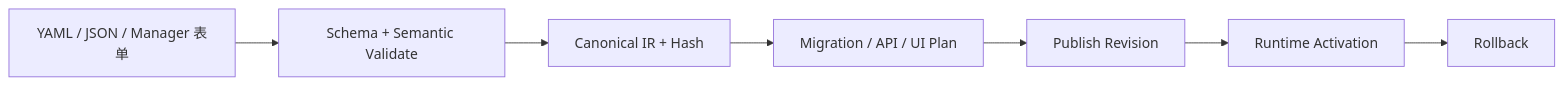
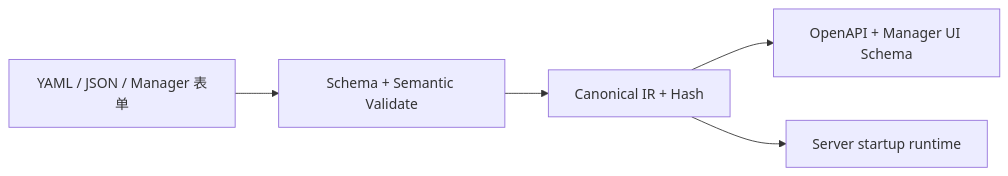
One commit to shezw/panvara changed the second of 2 diagrams in docs/arch.md. Above: the diagram before and after it, drawn with Mermaid. The commit also changed other lines of this file and 84 other files, not shown here.

````diff
--- a/docs/arch.md
+++ b/docs/arch.md
@@ -79,13 +81,12 @@
 ```mermaid
 flowchart LR
     Text["YAML / JSON / Manager 表单"]
     Validate["Schema + Semantic Validate"]
     IR["Canonical IR + Hash"]
-    Plan["Migration / API / UI Plan"]
-    Publish["Publish Revision"]
-    Runtime["Runtime Activation"]
-    Rollback["Rollback"]
+    Artifact["OpenAPI + Manager UI Schema"]
+    Runtime["Server startup runtime"]
 
-    Text --> Validate --> IR --> Plan --> Publish --> Runtime
-    Runtime --> Rollback
+    Text --> Validate --> IR
+    IR --> Artifact
+    IR --> Runtime
 ```
````
